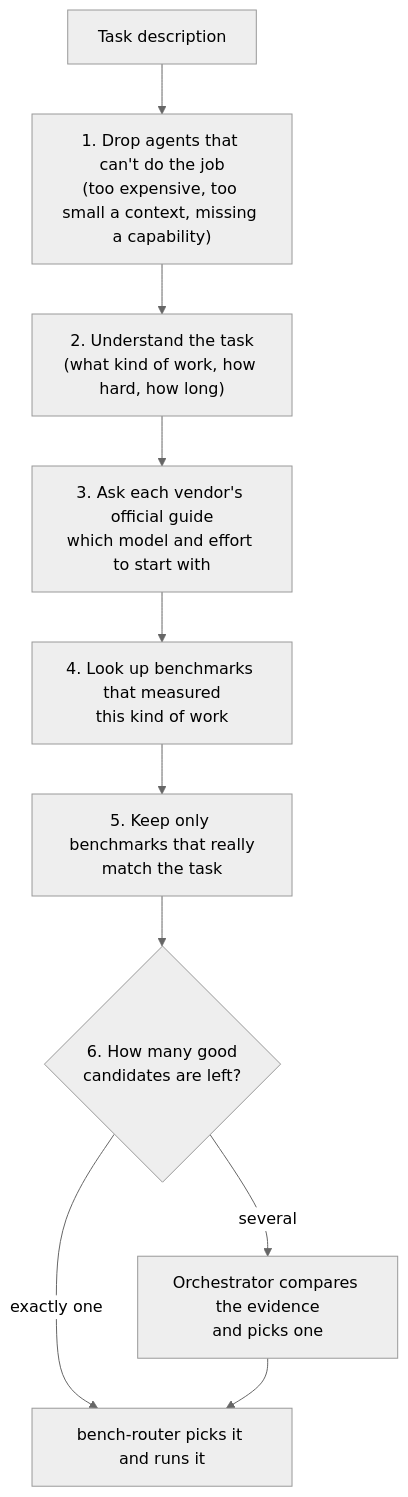
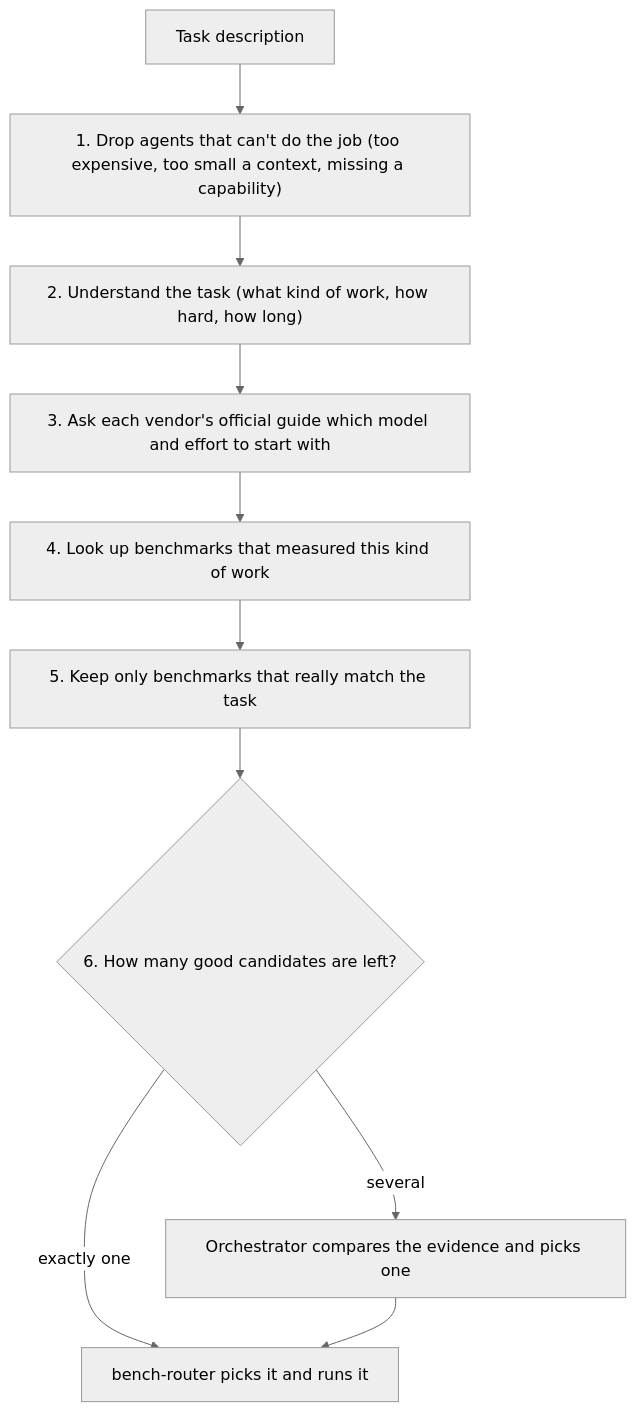
One commit to hjlim4u/bench-router changed the second of 2 diagrams in README.md. Above: the diagram before and after it, drawn with Mermaid (neutral theme).

Commit message:
docs: widen routing flowchart nodes

````diff
--- a/README.md
+++ b/README.md
@@ -70,12 +70,13 @@
 ```mermaid
+%%{init: {"flowchart": {"wrappingWidth": 400}}}%%
 flowchart TD
-    T["Task description"] --> F["1. Drop agents that can't do the job<br/>(too expensive, too small a context, missing a capability)"]
-    F --> A["2. Understand the task<br/>(what kind of work, how hard, how long)"]
-    A --> G["3. Ask each vendor's official guide<br/>which model and effort to start with"]
-    G --> E["4. Look up benchmarks that measured<br/>this kind of work"]
-    E --> V["5. Keep only benchmarks that really<br/>match the task"]
-    V --> C{"6. How many good<br/>candidates are left?"}
+    T["Task description"] --> F["1. Drop agents that can't do the job (too expensive, too small a context, missing a capability)"]
+    F --> A["2. Understand the task (what kind of work, how hard, how long)"]
+    A --> G["3. Ask each vendor's official guide which model and effort to start with"]
+    G --> E["4. Look up benchmarks that measured this kind of work"]
+    E --> V["5. Keep only benchmarks that really match the task"]
+    V --> C{"6. How many good candidates are left?"}
     C -- "exactly one" --> R["bench-router picks it and runs it"]
-    C -- "several" --> U["Orchestrator compares the evidence<br/>and picks one"]
+    C -- "several" --> U["Orchestrator compares the evidence and picks one"]
     U --> R
 ```
````
